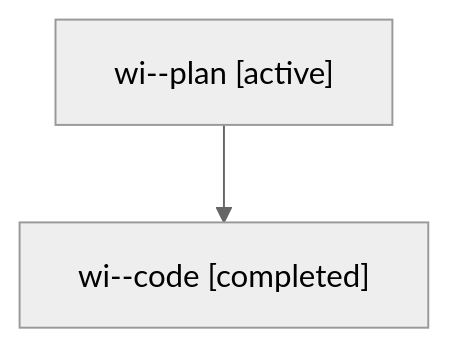
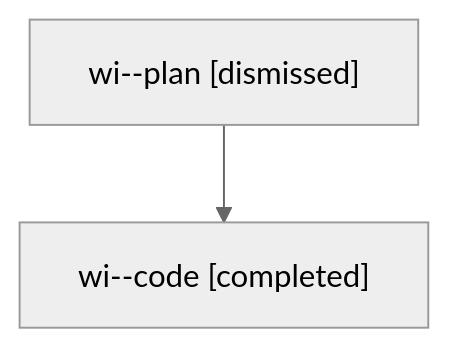
One commit to sase-org/sase--agents changed the diagram in sessions/bbugyi200.athena.wi.md. Above: the diagram before and after it, drawn with Mermaid (neutral theme). The commit also changed other lines of this file and 40 other files, not shown here.

````diff
--- a/sessions/bbugyi200.athena.wi.md
+++ b/sessions/bbugyi200.athena.wi.md
@@ -9,6 +9,6 @@
 ```mermaid
 flowchart TD
-  n0["wi--plan [active]"]
+  n0["wi--plan [dismissed]"]
   n1["wi--code [completed]"]
   n0 --> n1
 ```
````
